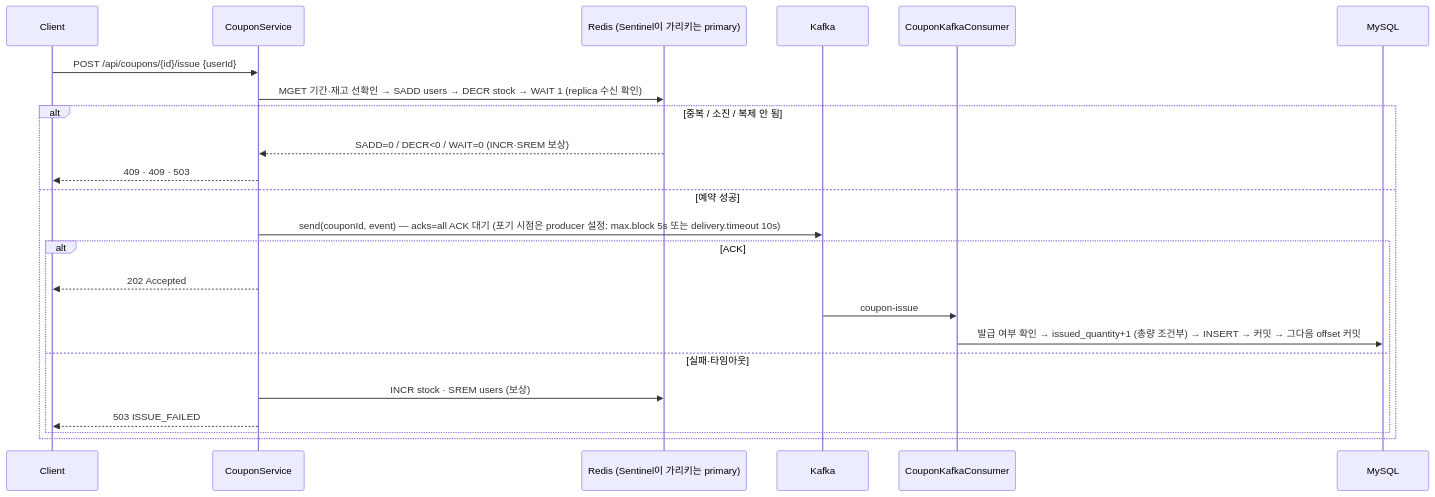
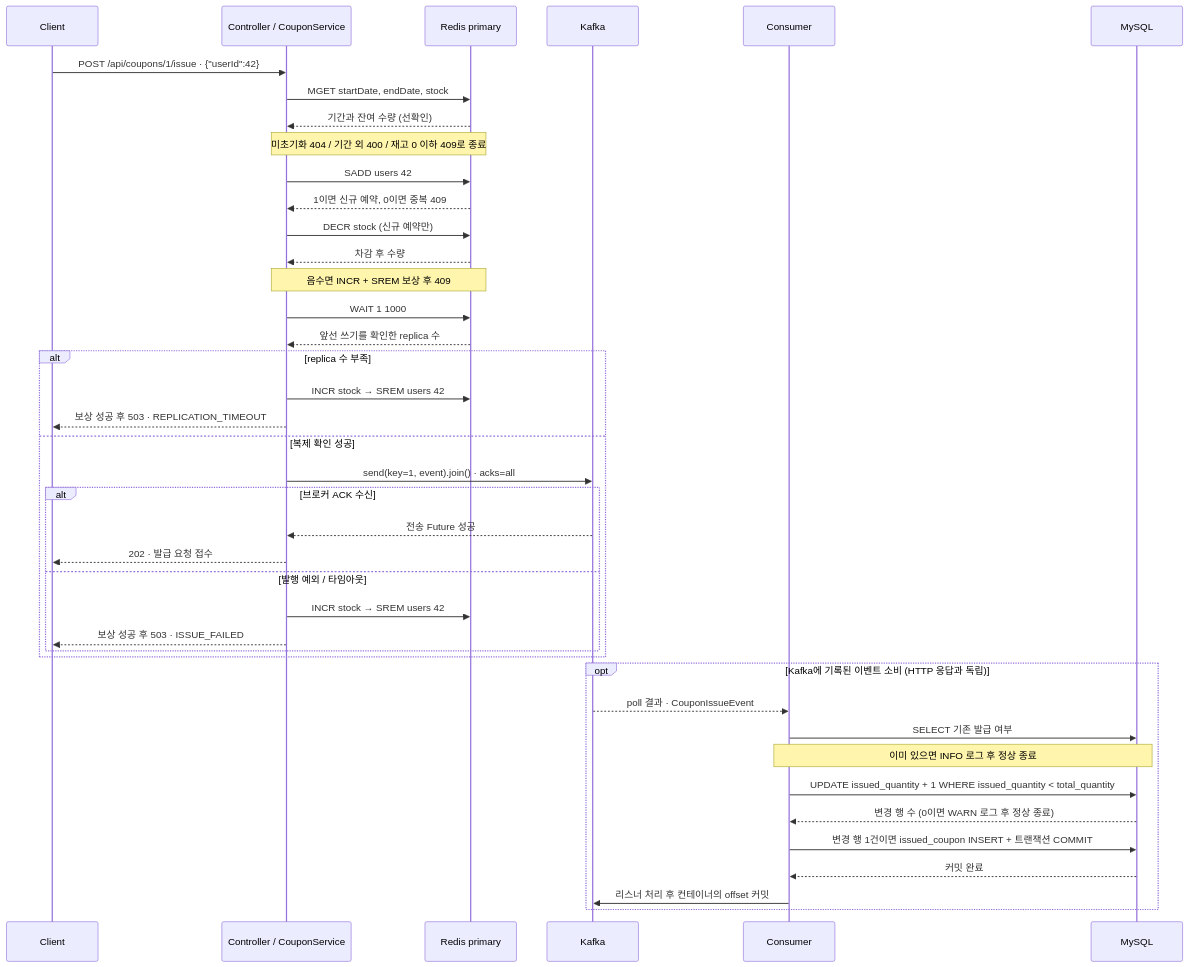
One commit to joejaeyoung/Project-coupon_rush changed the third of 5 diagrams in 4-coupon_redisHA_kafka/README.md. Above: the diagram before and after it, drawn with Mermaid. The commit also changed other lines of this file and 9 other files, not shown here.

````diff
--- a/4-coupon_redisHA_kafka/README.md
+++ b/4-coupon_redisHA_kafka/README.md
@@ -12,26 +81,44 @@
 ```mermaid
 sequenceDiagram
     participant C as Client
-    participant API as CouponService
-    participant R as Redis (Sentinel이 가리키는 primary)
+    participant API as Controller / CouponService
+    participant R as Redis primary
     participant K as Kafka
-    participant CS as CouponKafkaConsumer
+    participant CS as Consumer
     participant DB as MySQL
 
-    C->>API: POST /api/coupons/{id}/issue {userId}
-    API->>R: MGET 기간·재고 선확인 → SADD users → DECR stock → WAIT 1 (replica 수신 확인)
-    alt 중복 / 소진 / 복제 안 됨
-        R-->>API: SADD=0 / DECR<0 / WAIT=0 (INCR·SREM 보상)
-        API-->>C: 409 · 409 · 503
-    else 예약 성공
-        API->>K: send(couponId, event) — acks=all ACK 대기 (포기 시점은 producer 설정: max.block 5s 또는 delivery.timeout 10s)
-        alt ACK
-            API-->>C: 202 Accepted
-            K->>CS: coupon-issue
-            CS->>DB: 발급 여부 확인 → issued_quantity+1 (총량 조건부) → INSERT → 커밋 → 그다음 offset 커밋
-        else 실패·타임아웃
-            API->>R: INCR stock · SREM users (보상)
-            API-->>C: 503 ISSUE_FAILED
+    C->>API: POST /api/coupons/1/issue · {"userId":42}
+    API->>R: MGET startDate, endDate, stock
+    R-->>API: 기간과 잔여 수량 (선확인)
+    Note over API,R: 미초기화 404 / 기간 외 400 / 재고 0 이하 409로 종료
+    API->>R: SADD users 42
+    R-->>API: 1이면 신규 예약, 0이면 중복 409
+    API->>R: DECR stock (신규 예약만)
+    R-->>API: 차감 후 수량
+    Note over API,R: 음수면 INCR + SREM 보상 후 409
+    API->>R: WAIT 1 1000
+    R-->>API: 앞선 쓰기를 확인한 replica 수
+    alt replica 수 부족
+        API->>R: INCR stock → SREM users 42
+        API-->>C: 보상 성공 후 503 · REPLICATION_TIMEOUT
+    else 복제 확인 성공
+        API->>K: send(key=1, event).join() · acks=all
+        alt 브로커 ACK 수신
+            K-->>API: 전송 Future 성공
+            API-->>C: 202 · 발급 요청 접수
+        else 발행 예외 / 타임아웃
+            API->>R: INCR stock → SREM users 42
+            API-->>C: 보상 성공 후 503 · ISSUE_FAILED
         end
     end
+    opt Kafka에 기록된 이벤트 소비 (HTTP 응답과 독립)
+        K-->>CS: poll 결과 · CouponIssueEvent
+        CS->>DB: SELECT 기존 발급 여부
+        Note over CS,DB: 이미 있으면 INFO 로그 후 정상 종료
+        CS->>DB: UPDATE issued_quantity + 1 WHERE issued_quantity < total_quantity
+        DB-->>CS: 변경 행 수 (0이면 WARN 로그 후 정상 종료)
+        CS->>DB: 변경 행 1건이면 issued_coupon INSERT + 트랜잭션 COMMIT
+        DB-->>CS: 커밋 완료
+        CS->>K: 리스너 처리 후 컨테이너의 offset 커밋
+    end
 ```
````
